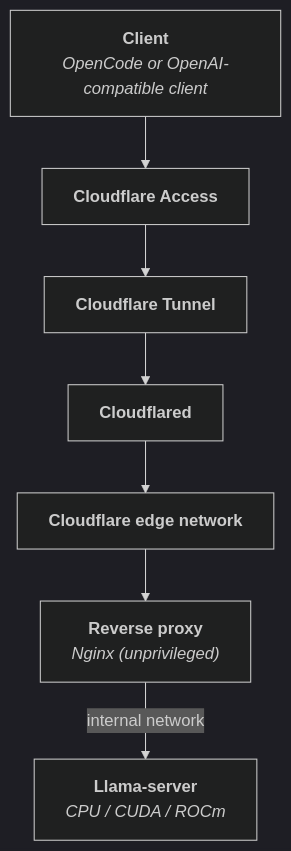
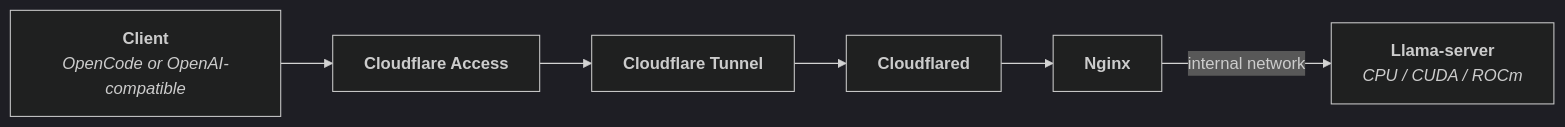
The second of 2 diagrams in README.md (maximedrn/llama-opencode-remote-server), drawn with Mermaid (dark theme) before and after one commit. The commit also changed other lines of this file and 17 other files, not shown here.

````diff
--- a/README.md
+++ b/README.md
@@ -45,17 +62,12 @@
 ```mermaid
-flowchart TD
-    A["<strong>Client</strong><br /><i>OpenCode or OpenAI-compatible client</i>"]
+flowchart LR
+    A["<strong>Client</strong><br/><i>OpenCode or OpenAI-compatible</i>"]
     B["<strong>Cloudflare Access</strong>"]
     C["<strong>Cloudflare Tunnel</strong>"]
     D["<strong>Cloudflared</strong>"]
-    E["<strong>Cloudflare edge network</strong>"]
-    F["<strong>Reverse proxy</strong><br/><i>Nginx (unprivileged)</i>"]
-    G["<strong>Llama-server</strong><br/><i>CPU / CUDA / ROCm</i>"]
+    E["<strong>Nginx</strong>"]
+    F["<strong>Llama-server</strong><br/><i>CPU / CUDA / ROCm</i>"]
 
-    A --> B
-    B --> C
-    C --> D
-    D --> E
-    E --> F
-    F -->|"internal network"| G
+    A --> B --> C --> D --> E
+    E -->|"internal network"| F
 ```
````
